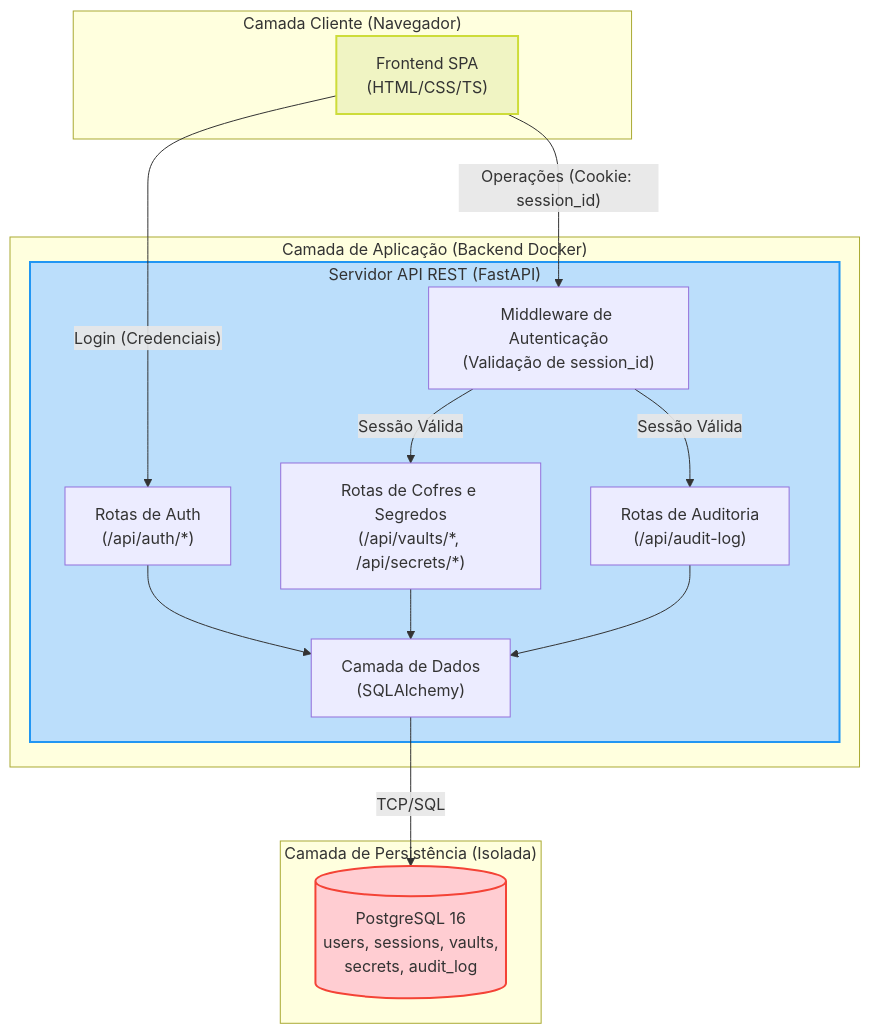
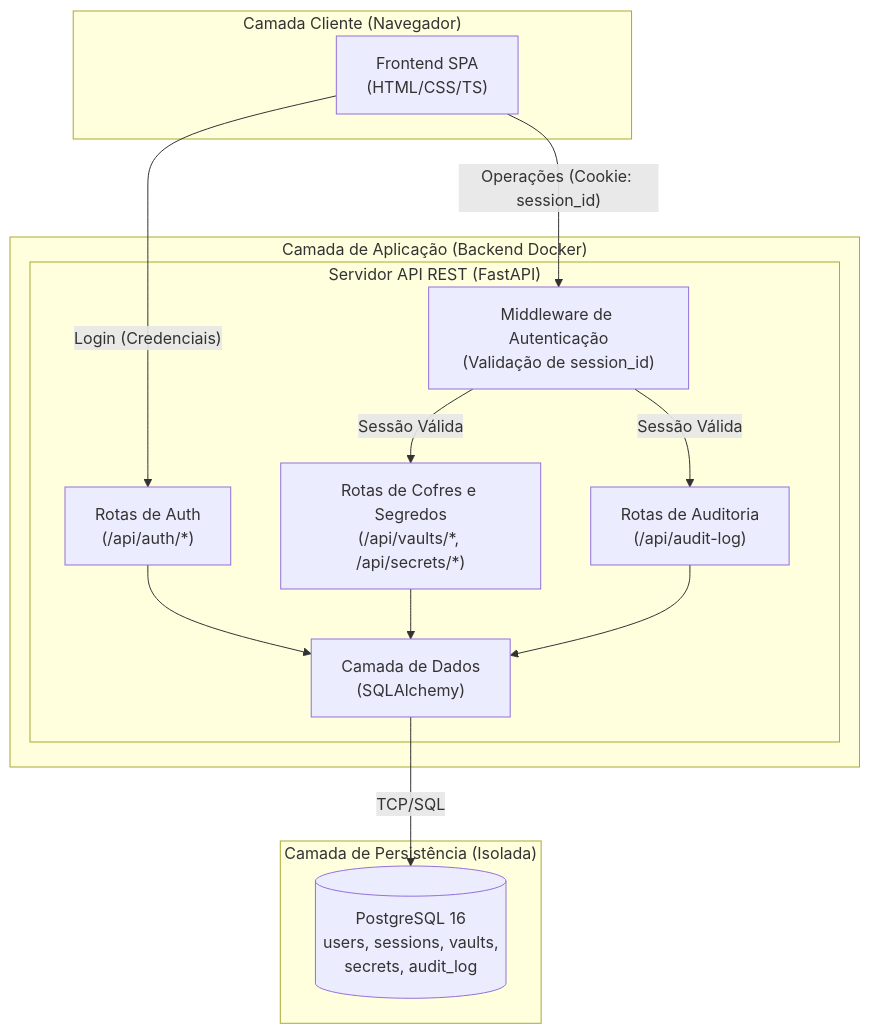
One commit to conviso-academy/web-keyring changed the first of 2 diagrams in docs/arquitetura.md. Above: the diagram before and after it, drawn with Mermaid. The commit also changed other lines of this file, not shown here.

Commit message:
Mudança de cores para possivel melhor contraste - v1

````diff
--- a/docs/arquitetura.md
+++ b/docs/arquitetura.md
@@ -15,45 +15,38 @@
 ```mermaid
 flowchart TD
     subgraph ClientLayer ["Camada Cliente (Navegador)"]
         SPA["Frontend SPA<br>(HTML/CSS/TS)"]
     end
 
     subgraph AppLayer ["Camada de Aplicação (Backend Docker)"]
         subgraph FastAPI ["Servidor API REST (FastAPI)"]
             AuthMid["Middleware de Autenticação<br>(Validação de session_id)"]
             RouterAuth["Rotas de Auth<br>(/api/auth/*)"]
             RouterVaults["Rotas de Cofres e Segredos<br>(/api/vaults/*, /api/secrets/*)"]
             RouterAudit["Rotas de Auditoria<br>(/api/audit-log)"]
             ORM["Camada de Dados<br>(SQLAlchemy)"]
         end
     end
 
     subgraph DBLayer ["Camada de Persistência (Isolada)"]
         DB[("PostgreSQL 16<br>users, sessions, vaults,<br>secrets, audit_log")]
     end
 
     %% Relacionamentos Front -> API
     SPA -- "Login (Credenciais)" --> RouterAuth
     SPA -- "Operações (Cookie: session_id)" --> AuthMid
 
     %% Roteamento Interno
     AuthMid -- "Sessão Válida" --> RouterVaults
     AuthMid -- "Sessão Válida" --> RouterAudit
 
     %% Relacionamentos API -> ORM
     RouterAuth --> ORM
     RouterVaults --> ORM
     RouterAudit --> ORM
 
     %% Relacionamentos ORM -> DB
     ORM -- "TCP/SQL" --> DB
 
-    %% Estilização base
-    classDef client fill:#f0f4c3,stroke:#cddc39,stroke-width:2px;
-    classDef server fill:#bbdefb,stroke:#2196f3,stroke-width:2px;
-    classDef database fill:#ffcdd2,stroke:#f44336,stroke-width:2px;
-    
-    class SPA client;
-    class FastAPI server;
-    class DB database;
+    %% Estilização delegada ao tema nativo para garantir o contraste.
 ```
````
